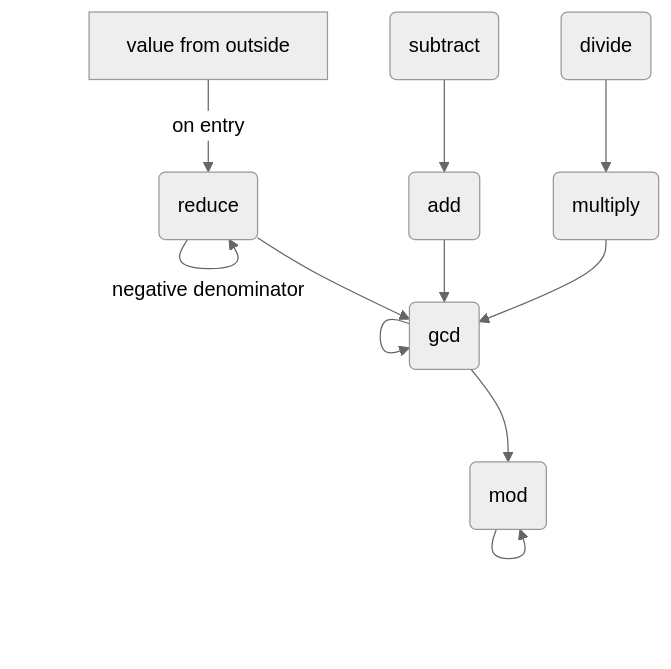
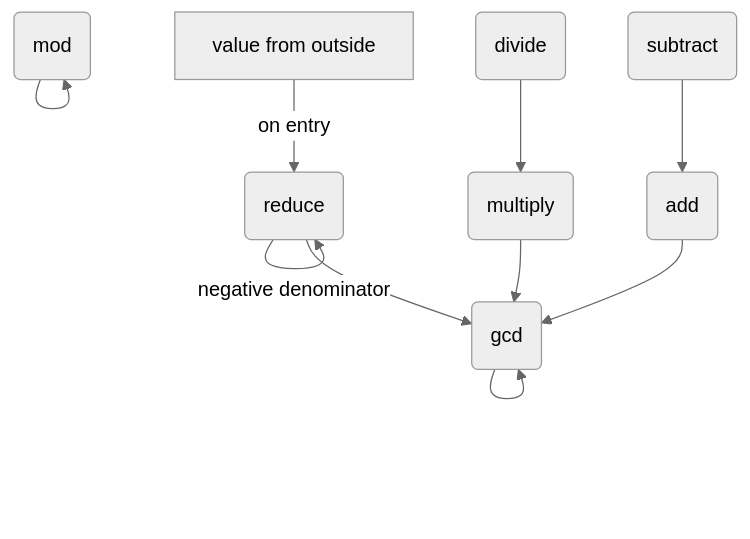
Before and after one commit to andy-emerson/Erdos: the diagram in paper/v0.6.md, drawn with Mermaid. The commit also changed other lines of this file and 5 other files, not shown here.

````diff
--- a/paper/v0.6.md
+++ b/paper/v0.6.md
@@ -1014,22 +1095,21 @@
 ```mermaid
 %%{init: {'theme': 'neutral'}}%%
 flowchart TB
     entry[value from outside]
     subtract(subtract)
     add(add)
     divide(divide)
     multiply(multiply)
     reduce(reduce)
     gcd(gcd)
     mod(mod)
     entry -->|"on entry"| reduce
     reduce -->|"negative denominator"| reduce
     subtract --> add
     divide --> multiply
     reduce --> gcd
     add --> gcd
     multiply --> gcd
     gcd --> gcd
-    gcd --> mod
     mod --> mod
 ```
````
